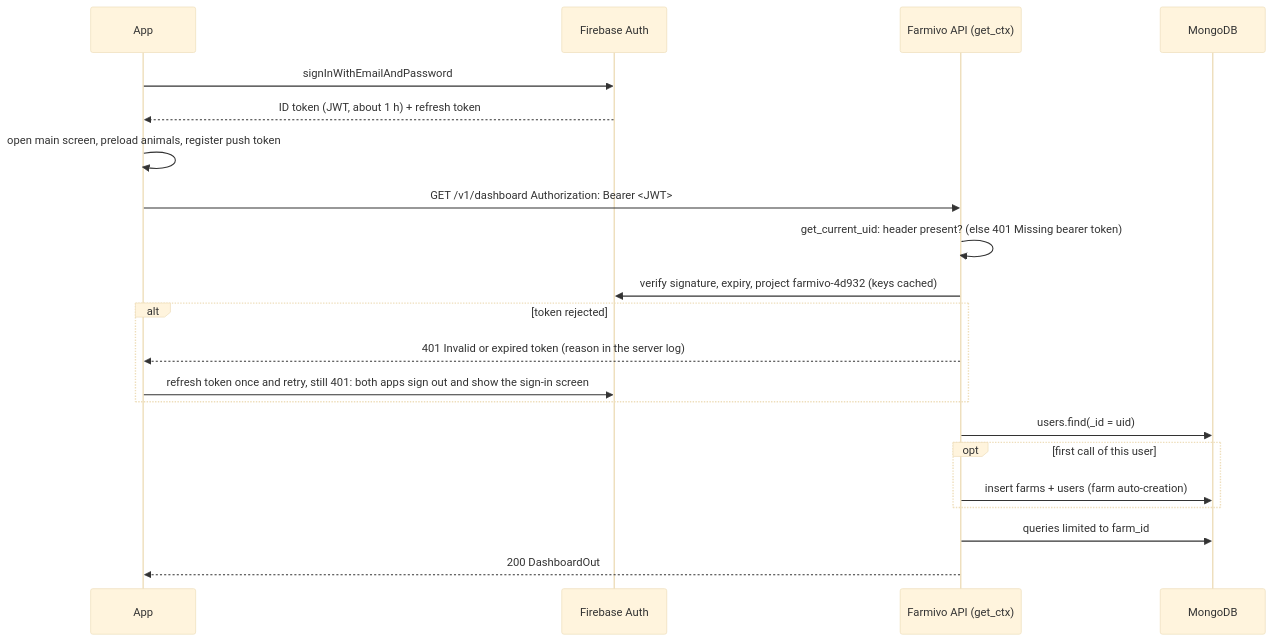
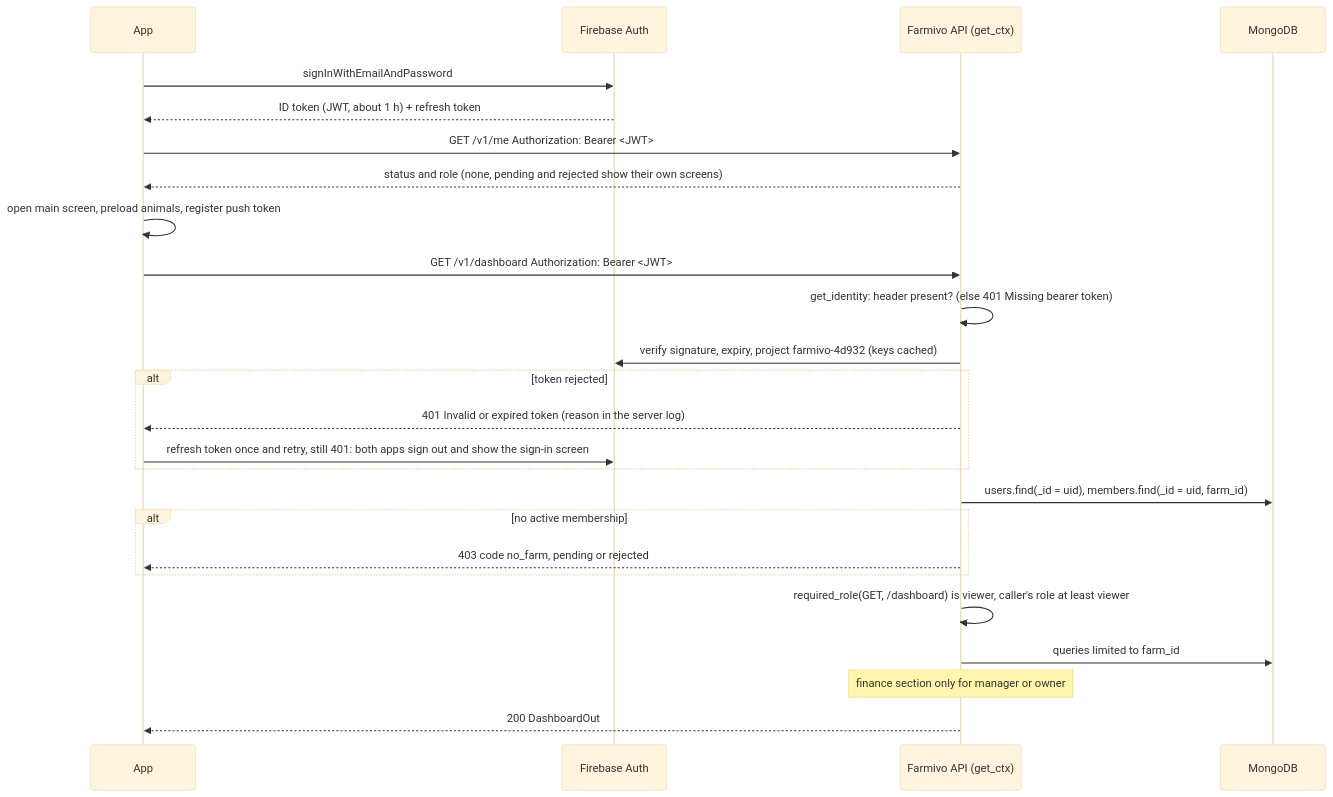
One commit to haythoum/farmivo_backend changed the fourth of 9 diagrams in docs/SYSTEM_GUIDE.md. Above: the diagram before and after it, drawn with Mermaid (base theme). The commit also changed other lines of this file and 9 other files, not shown here.

First line of the commit message:
Docs: farm members and roles (ROLES_AND_MEMBERS.md), API contract, data model, flows with real examples, system guide, code reference, decisions

````diff
--- a/docs/SYSTEM_GUIDE.md
+++ b/docs/SYSTEM_GUIDE.md
@@ -116,23 +123,27 @@
 ```mermaid
 sequenceDiagram
   participant App
   participant FA as Firebase Auth
   participant API as Farmivo API (get_ctx)
   participant DB as MongoDB
   App->>FA: signInWithEmailAndPassword
   FA-->>App: ID token (JWT, about 1 h) + refresh token
+  App->>API: GET /v1/me  Authorization: Bearer <JWT>
+  API-->>App: status and role (none, pending and rejected show their own screens)
   App->>App: open main screen, preload animals, register push token
   App->>API: GET /v1/dashboard  Authorization: Bearer <JWT>
-  API->>API: get_current_uid: header present? (else 401 Missing bearer token)
+  API->>API: get_identity: header present? (else 401 Missing bearer token)
   API->>FA: verify signature, expiry, project farmivo-4d932 (keys cached)
   alt token rejected
     API-->>App: 401 Invalid or expired token (reason in the server log)
     App->>FA: refresh token once and retry, still 401: both apps sign out and show the sign-in screen
   end
-  API->>DB: users.find(_id = uid)
-  opt first call of this user
-    API->>DB: insert farms + users (farm auto-creation)
+  API->>DB: users.find(_id = uid), members.find(_id = uid, farm_id)
+  alt no active membership
+    API-->>App: 403 code no_farm, pending or rejected
   end
+  API->>API: required_role(GET, /dashboard) is viewer, caller's role at least viewer
   API->>DB: queries limited to farm_id
+  Note over API: finance section only for manager or owner
   API-->>App: 200 DashboardOut
 ```
````
